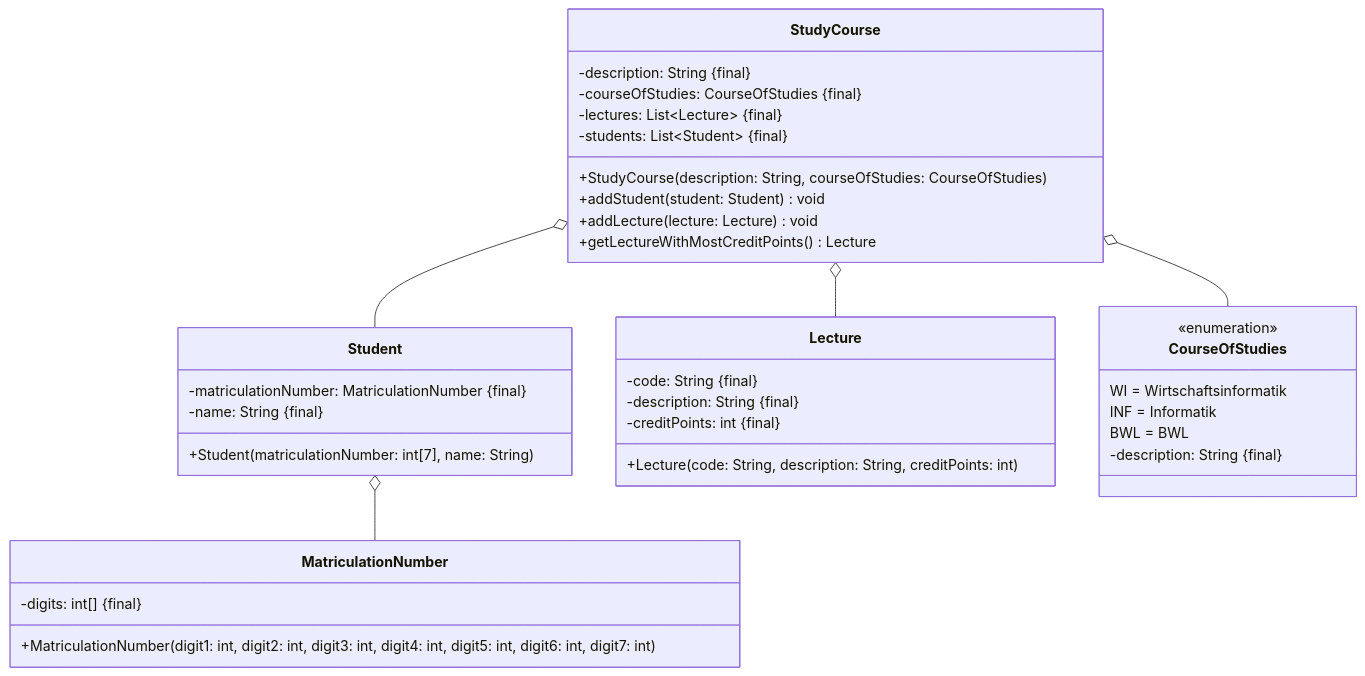
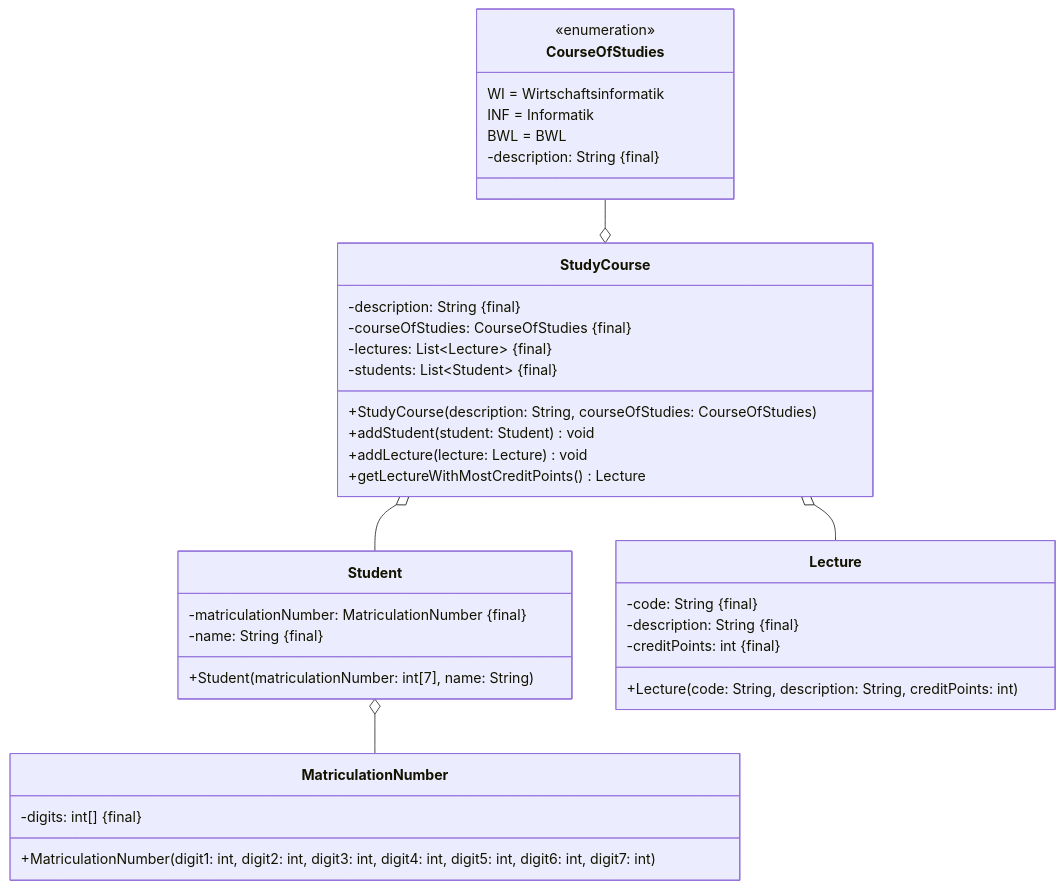
Before and after one commit to jappuccini/java-docs: the diagram in docs/exam-exercises/exam-exercises-java1/student-course.md, drawn with Mermaid. The commit also changed 36 other files, not shown here.

````diff
--- a/docs/exam-exercises/exam-exercises-java1/student-course.md
+++ b/docs/exam-exercises/exam-exercises-java1/student-course.md
@@ -12,44 +12,44 @@
 ```mermaid
 classDiagram
     StudyCourse o-- Student
     StudyCourse o-- Lecture
-    StudyCourse o-- CourseOfStudies
+    CourseOfStudies --o StudyCourse
     Student o-- MatriculationNumber
 
     class MatriculationNumber {
         -digits: int[] &#123final&#125
         +MatriculationNumber(digit1: int, digit2: int, digit3: int, digit4: int, digit5: int, digit6: int, digit7: int)
     }
 
     class Student {
         -matriculationNumber: MatriculationNumber &#123final&#125
         -name: String &#123final&#125
         +Student(matriculationNumber: int[7], name: String)
     }
 
     class Lecture {
         -code: String &#123final&#125
         -description: String &#123final&#125
         -creditPoints: int &#123final&#125
         +Lecture(code: String, description: String, creditPoints: int)
     }
 
     class StudyCourse {
         -description: String &#123final&#125
         -courseOfStudies: CourseOfStudies &#123final&#125
         -lectures: List~Lecture~ &#123final&#125
         -students: List~Student~ &#123final&#125
         +StudyCourse(description: String, courseOfStudies: CourseOfStudies)
         +addStudent(student: Student) void
         +addLecture(lecture: Lecture) void
         +getLectureWithMostCreditPoints() Lecture
     }
 
     class CourseOfStudies {
         <<enumeration>>
         WI = Wirtschaftsinformatik
         INF = Informatik
         BWL = BWL
         -description: String &#123final&#125
     }
 ```
````
